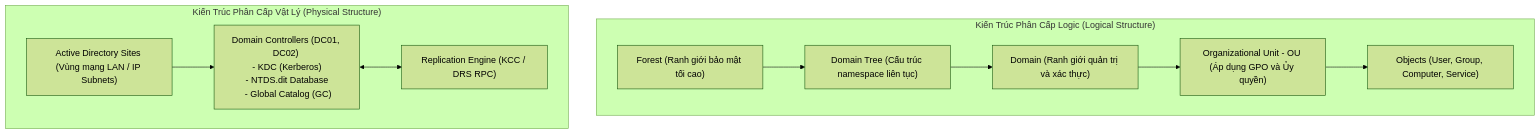
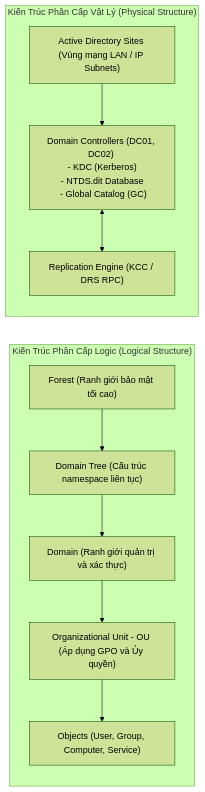
The first of 2 diagrams in docs/posts/splunk/week6/index.md (vuongdat67/silver-happiness), drawn with Mermaid (forest theme) before and after one commit. The commit also changed 13 other files, not shown here.

````diff
--- a/docs/posts/splunk/week6/index.md
+++ b/docs/posts/splunk/week6/index.md
@@ -38,25 +38,25 @@
 ```mermaid
-graph TD
+graph LR
     subgraph LOGICAL_ARCH ["Kiến Trúc Phân Cấp Logic (Logical Structure)"]
         FOREST["Forest (Ranh giới bảo mật tối cao)"]
         TREE["Domain Tree (Cấu trúc namespace liên tục)"]
         DOMAIN["Domain (Ranh giới quản trị và xác thực)"]
         OU["Organizational Unit - OU (Áp dụng GPO và Ủy quyền)"]
         OBJ["Objects (User, Group, Computer, Service)"]
         
         FOREST --> TREE
         TREE --> DOMAIN
         DOMAIN --> OU
         OU --> OBJ
     end
 
     subgraph PHYSICAL_ARCH ["Kiến Trúc Phân Cấp Vật Lý (Physical Structure)"]
         SITE["Active Directory Sites (Vùng mạng LAN / IP Subnets)"]
         DC["Domain Controllers (DC01, DC02) \n - KDC (Kerberos) \n - NTDS.dit Database \n - Global Catalog (GC)"]
         REP["Replication Engine (KCC / DRS RPC)"]
         
         SITE --> DC
         DC <--> REP
     end
 
 ```
````
